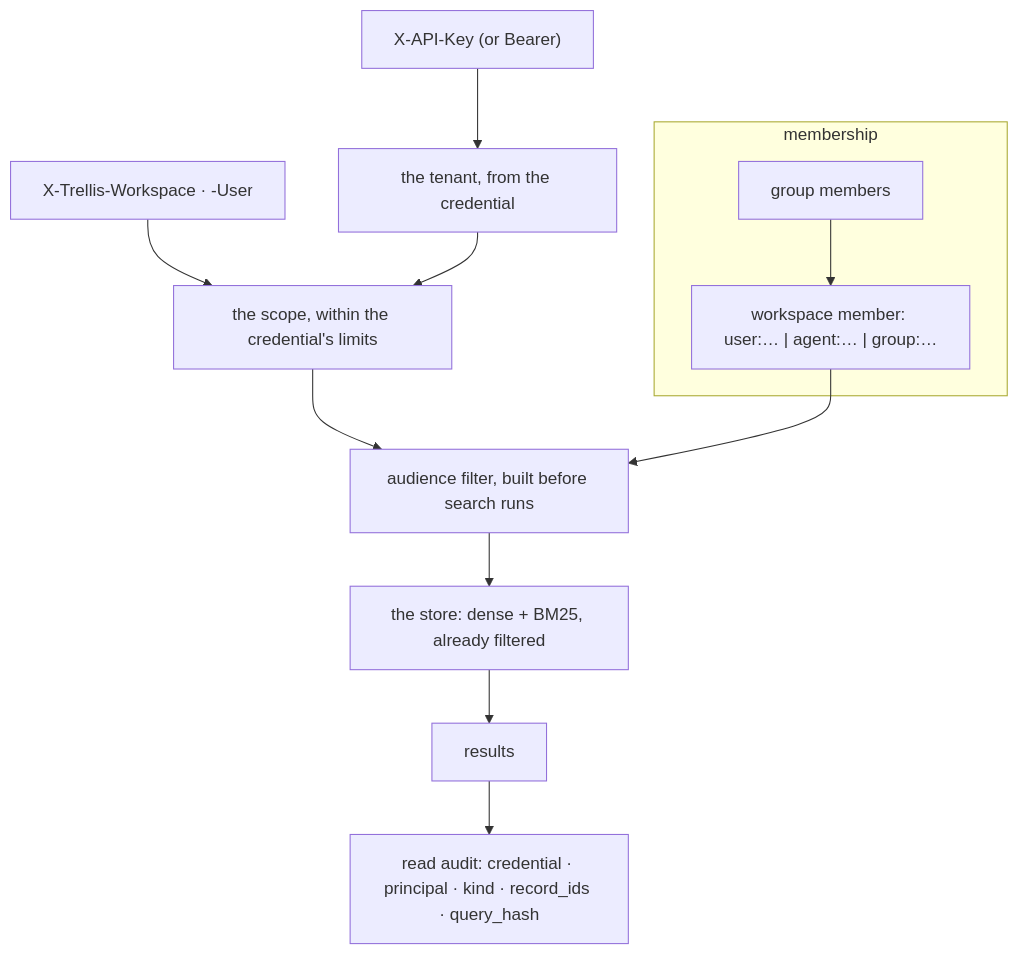
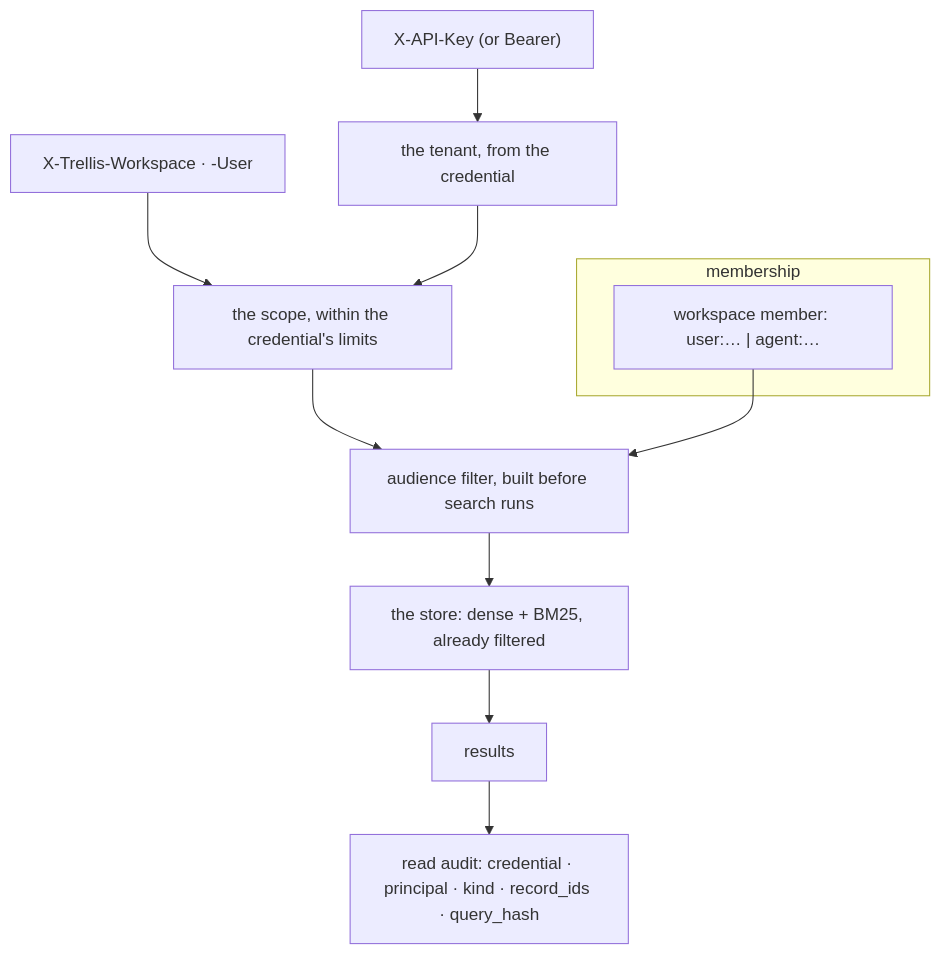
One commit to amitmohapatra/agent-memory-service changed the diagram in docs/api/tenancy.md. Above: the diagram before and after it, drawn with Mermaid. The commit also changed other lines of this file and 36 other files, not shown here.

First line of the commit message:
Leftovers of removed routes: observations, groups, outcome, summary, graph/query, workspace keys

````diff
--- a/docs/api/tenancy.md
+++ b/docs/api/tenancy.md
@@ -10,16 +10,14 @@
 ```mermaid
 flowchart TB
   K["X-API-Key (or Bearer)"] --> T["the tenant, from the credential"]
   H["X-Trellis-Workspace · -User"] --> S["the scope, within the credential's limits"]
   T --> S
   S --> A["audience filter, built before search runs"]
   A --> Q["the store: dense + BM25, already filtered"]
   Q --> R["results"]
   R --> AU["read audit: credential · principal · kind · record_ids · query_hash"]
   subgraph membership
-    W["workspace member: user:… | agent:… | group:…"]
-    G["group members"]
+    W["workspace member: user:… | agent:…"]
   end
   W --> A
-  G --> W
 ```
````
